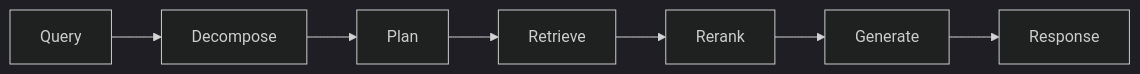
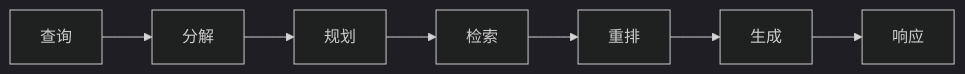
One commit to Rito-w/adaptiverag changed the first of 8 diagrams in docs/diagrams.md. Above: the diagram before and after it, drawn with Mermaid (dark theme). The commit also changed other lines of this file and 2 other files, not shown here.

````diff
--- a/docs/diagrams.md
+++ b/docs/diagrams.md
@@ -9,9 +9,9 @@
 ```mermaid
 flowchart LR
-    A[Query] --> B[Decompose]
-    B --> C[Plan]
-    C --> D[Retrieve]
-    D --> E[Rerank]
-    E --> F[Generate]
-    F --> G[Response]
+    A[查询] --> B[分解]
+    B --> C[规划]
+    C --> D[检索]
+    D --> E[重排]
+    E --> F[生成]
+    F --> G[响应]
 ```
````
